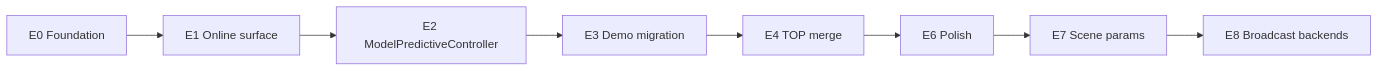
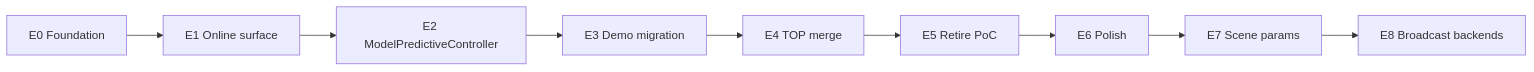
One commit to alx87grd/minilink changed the diagram in docs/plans/mpc-rh-refactor/phases.md. Above: the diagram before and after it, drawn with Mermaid. The commit also changed other lines of this file and 24 other files, not shown here.

````diff
--- a/docs/plans/mpc-rh-refactor/phases.md
+++ b/docs/plans/mpc-rh-refactor/phases.md
@@ -50,13 +50,14 @@
 ```mermaid
 flowchart LR
   E0[E0 Foundation]
   E1[E1 Online surface]
   E2[E2 ModelPredictiveController]
   E3[E3 Demo migration]
   E4[E4 TOP merge]
+  E5[E5 Retire PoC]
   E6[E6 Polish]
   E7[E7 Scene params]
   E8[E8 Broadcast backends]
 
-  E0 --> E1 --> E2 --> E3 --> E4 --> E6 --> E7 --> E8
+  E0 --> E1 --> E2 --> E3 --> E4 --> E5 --> E6 --> E7 --> E8
 ```
````
